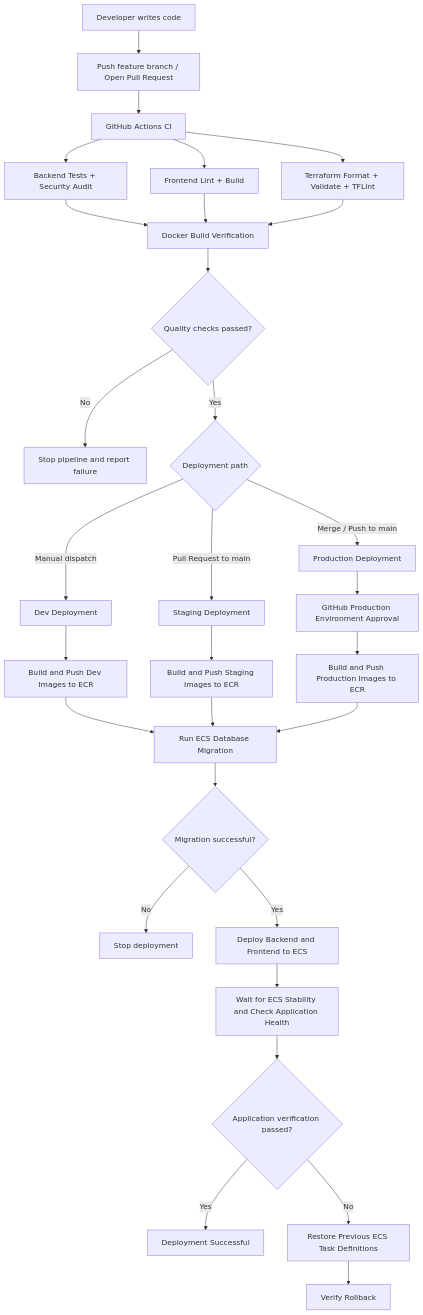
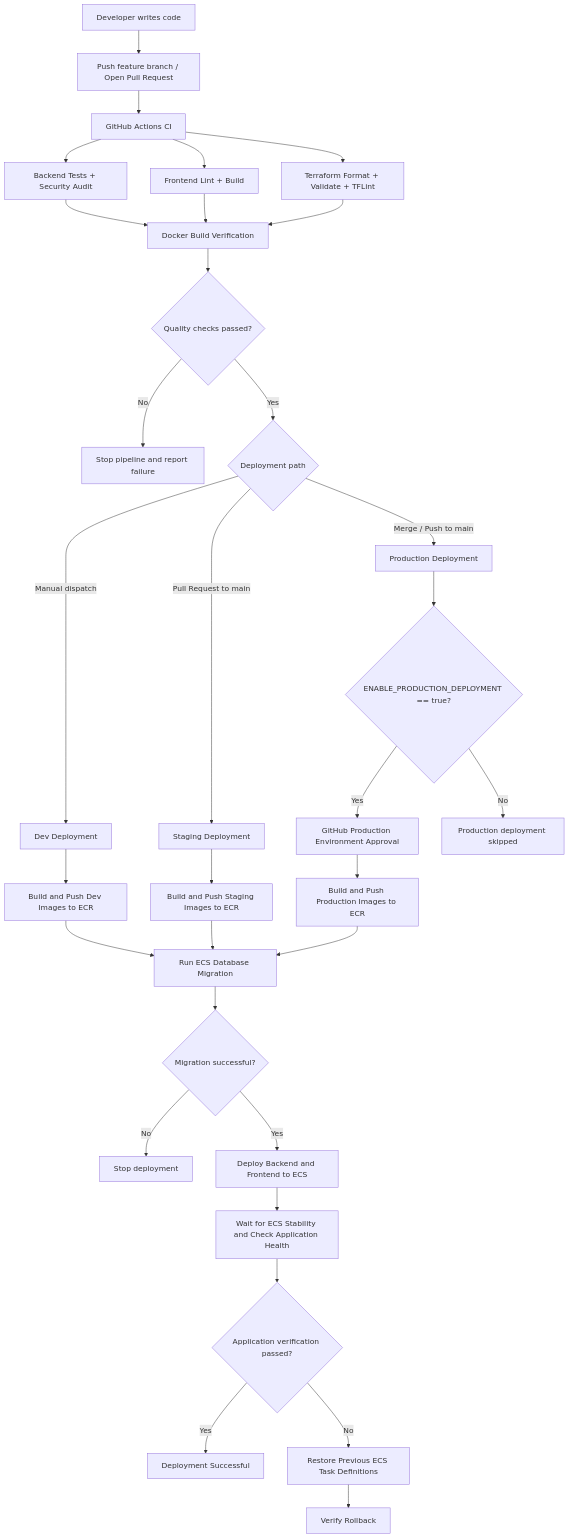
Before and after one commit to HiteshGupta03/infra-as-code-pipeline: the diagram in docs/cicd-pipeline.md, drawn with Mermaid. The commit also changed other lines of this file and 3 other files, not shown here.

Commit message:
Add production deployment safety guard

````diff
--- a/docs/cicd-pipeline.md
+++ b/docs/cicd-pipeline.md
@@ -9,32 +9,34 @@
 ```mermaid
 flowchart TD
     DEV["Developer writes code"] --> PUSH["Push feature branch / Open Pull Request"]
     PUSH --> CI["GitHub Actions CI"]
     CI --> TEST["Backend Tests + Security Audit"]
     CI --> FRONT["Frontend Lint + Build"]
     CI --> TF["Terraform Format + Validate + TFLint"]
     TEST --> DOCKER["Docker Build Verification"]
     FRONT --> DOCKER
     TF --> DOCKER
     DOCKER --> PASS{"Quality checks passed?"}
     PASS -->|No| FAIL["Stop pipeline and report failure"]
     PASS -->|Yes| CHOICE{"Deployment path"}
     CHOICE -->|Manual dispatch| DEVDEP["Dev Deployment"]
     CHOICE -->|Pull Request to main| STAGE["Staging Deployment"]
     CHOICE -->|Merge / Push to main| PROD["Production Deployment"]
     DEVDEP --> ECRDEV["Build and Push Dev Images to ECR"]
     STAGE --> ECRSTAGE["Build and Push Staging Images to ECR"]
-    PROD --> APPROVAL["GitHub Production Environment Approval"]
+    PROD --> GATE{"ENABLE_PRODUCTION_DEPLOYMENT == true?"}
+    GATE -->|Yes| APPROVAL["GitHub Production Environment Approval"]
+    GATE -->|No| SKIP["Production deployment skipped"]
     APPROVAL --> ECRPROD["Build and Push Production Images to ECR"]
     ECRDEV --> MIGRATE["Run ECS Database Migration"]
     ECRSTAGE --> MIGRATE
     ECRPROD --> MIGRATE
     MIGRATE --> MIGOK{"Migration successful?"}
     MIGOK -->|No| STOP["Stop deployment"]
     MIGOK -->|Yes| DEPLOY["Deploy Backend and Frontend to ECS"]
     DEPLOY --> HEALTH["Wait for ECS Stability and Check Application Health"]
     HEALTH --> VERIFY{"Application verification passed?"}
     VERIFY -->|Yes| SUCCESS["Deployment Successful"]
     VERIFY -->|No| ROLLBACK["Restore Previous ECS Task Definitions"]
     ROLLBACK --> RESULT["Verify Rollback"]
 ```
````
